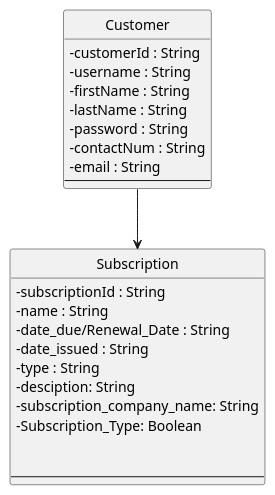
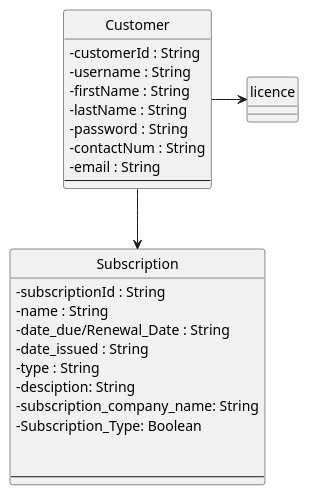
The diagram in diagrams/domainClassDiagram.puml (62firelight/SubTrack), drawn with PlantUML before and after one commit.

Commit message:
inclusion of licence for discussion with luke

```diff
--- a/diagrams/domainClassDiagram.puml
+++ b/diagrams/domainClassDiagram.puml
@@ -1,56 +1,57 @@
 @startuml
 
 skinparam {
     Style strictuml
     RoundCorner 5
     ' use characters instead of icons for showing visibility
     ClassAttributeIconSize 0
     Database {
 	' the default border no longer matches the normal colours (bug?), so fix this
 	BorderColor #A80036
     }
     Sequence {
 	' make activations yellow too
 	LifeLineBackgroundColor #FDFDCD
 
 	' make stereotypes less ugly
 	Stereotype {
 		Font {
 			Size 11
 			Style plain
 		}
 	}
     }
 }
  
 class "Customer" as customer {
     -customerId : String
     -username : String
     -firstName : String
     -lastName : String
     -password : String
     -contactNum : String
     -email : String
     '-card_details? 
   --
 }
 
 class "Subscription" as sub {
     -subscriptionId : String
     -name : String
     -date_due/Renewal_Date : String
     -date_issued : String
     -type : String
     -desciption: String
     -subscription_company_name: String
     -Subscription_Type: Boolean
     
     
   --
 }
  
 
  
 customer -down-> sub
+customer -right-> licence
 
 @enduml
```
